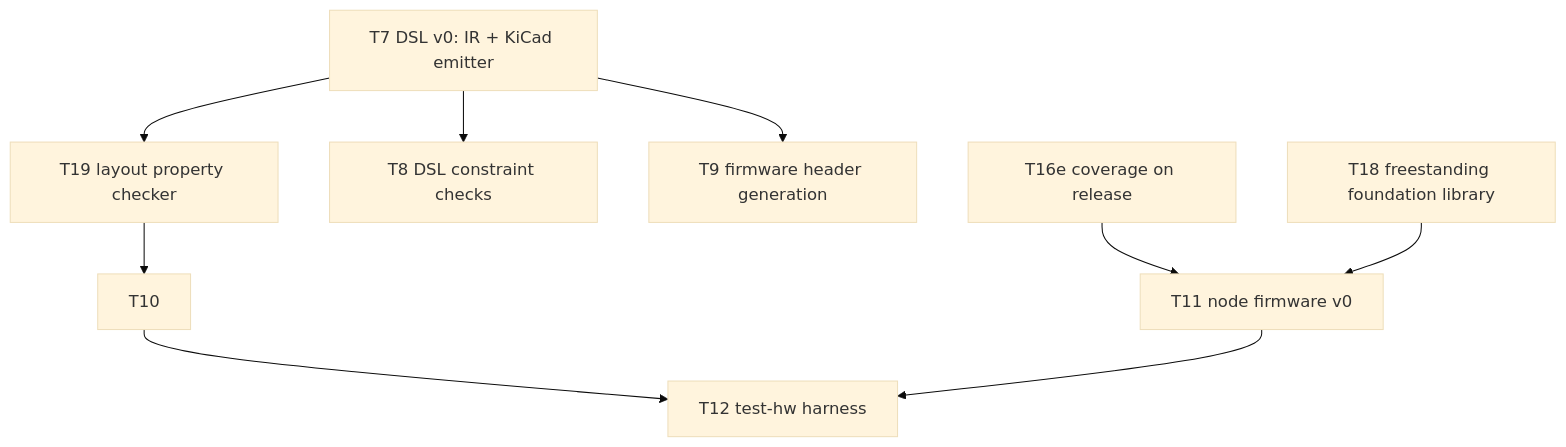
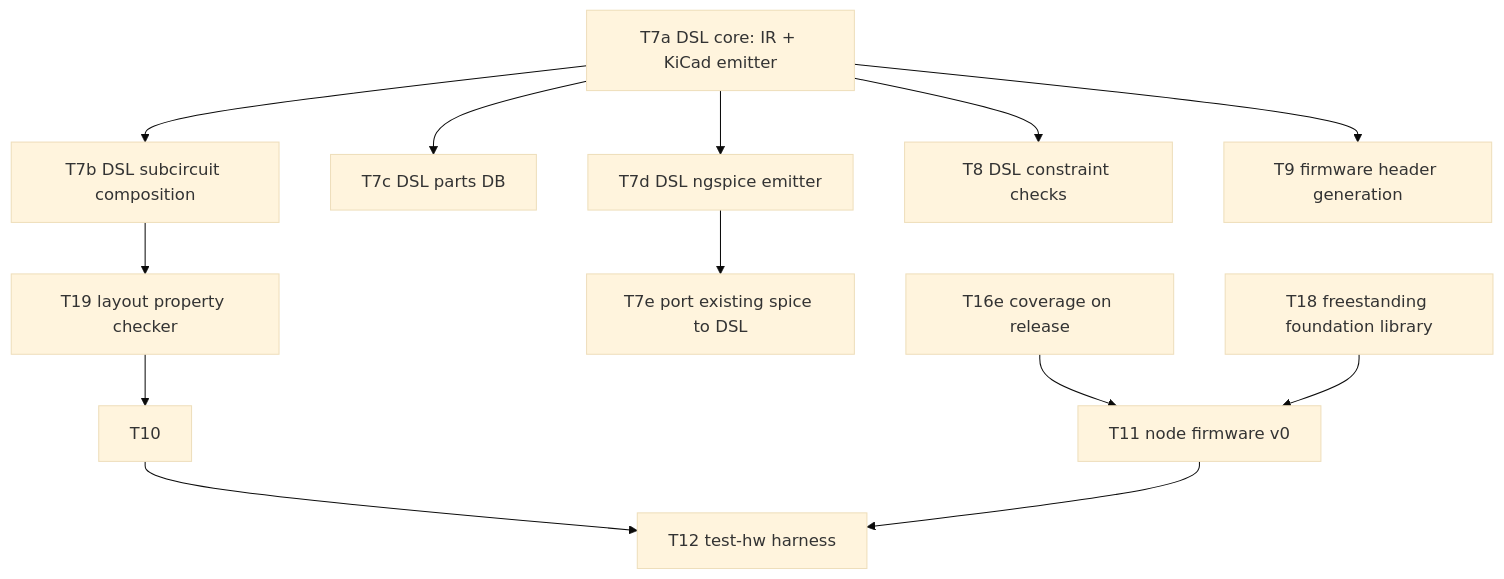
The diagram in KANBAN.md (kristofferkoch/oparroy), drawn with Mermaid (base theme) before and after one commit. The commit also changed other lines of this file and 2 other files, not shown here.

Commit message:
plan: split T7 into T7a-e, settle DSL shape, add T21 schematic-gen research

````diff
--- a/KANBAN.md
+++ b/KANBAN.md
@@ -34,11 +34,15 @@
 ```mermaid
 graph TD
     T19 --> T10
-    T7[T7 DSL v0: IR + KiCad emitter] --> T8[T8 DSL constraint checks]
-    T7 --> T9[T9 firmware header generation]
-    T7 --> T19[T19 layout property checker]
+    T7a[T7a DSL core: IR + KiCad emitter] --> T7b[T7b DSL subcircuit composition]
+    T7a --> T7c[T7c DSL parts DB]
+    T7a --> T7d[T7d DSL ngspice emitter]
+    T7d --> T7e[T7e port existing spice to DSL]
+    T7a --> T8[T8 DSL constraint checks]
+    T7a --> T9[T9 firmware header generation]
+    T7b --> T19[T19 layout property checker]
     T10 --> T12[T12 test-hw harness]
     T11 --> T12
     T16e[T16e coverage on release] --> T11[T11 node firmware v0]
     T18[T18 freestanding foundation library] --> T11
 ```
````
